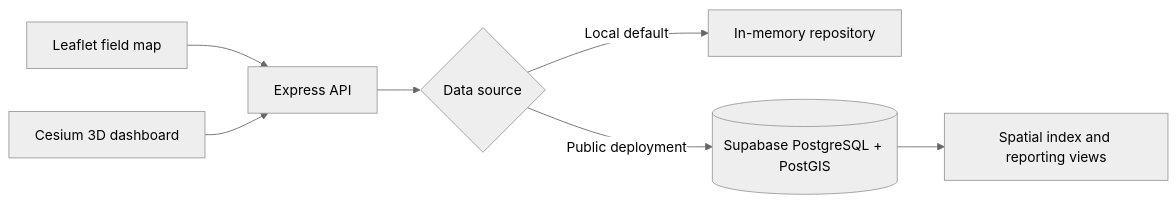
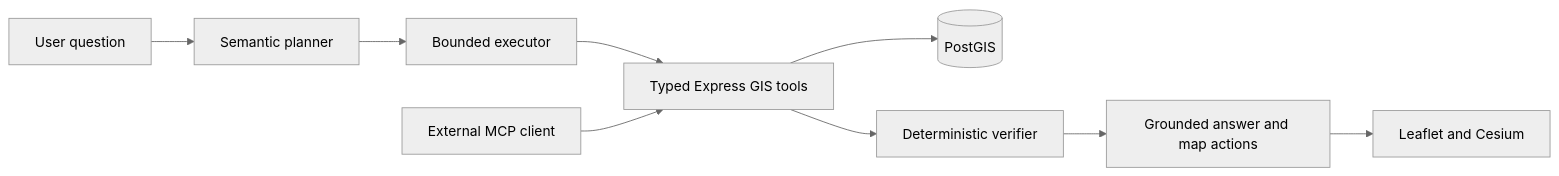
One commit to hyzhu711-oss/Hospital-queue-webgis changed the diagram in README.md. Above: the diagram before and after it, drawn with Mermaid (neutral theme). The commit also changed other lines of this file and 146 other files, not shown here.

````diff
--- a/README.md
+++ b/README.md
@@ -31,9 +51,11 @@
 ```mermaid
 flowchart LR
-  A[Leaflet field map] --> C[Express API]
-  B[Cesium 3D dashboard] --> C
-  C --> D{Data source}
-  D -->|Local default| E[In-memory repository]
-  D -->|Public deployment| F[(Supabase PostgreSQL + PostGIS)]
-  F --> G[Spatial index and reporting views]
+  Q[User question] --> P[Semantic planner]
+  P --> E[Bounded executor]
+  E --> T[Typed Express GIS tools]
+  T --> DB[(PostGIS)]
+  T --> V[Deterministic verifier]
+  V --> R[Grounded answer and map actions]
+  R --> L[Leaflet and Cesium]
+  M[External MCP client] --> T
 ```
````
